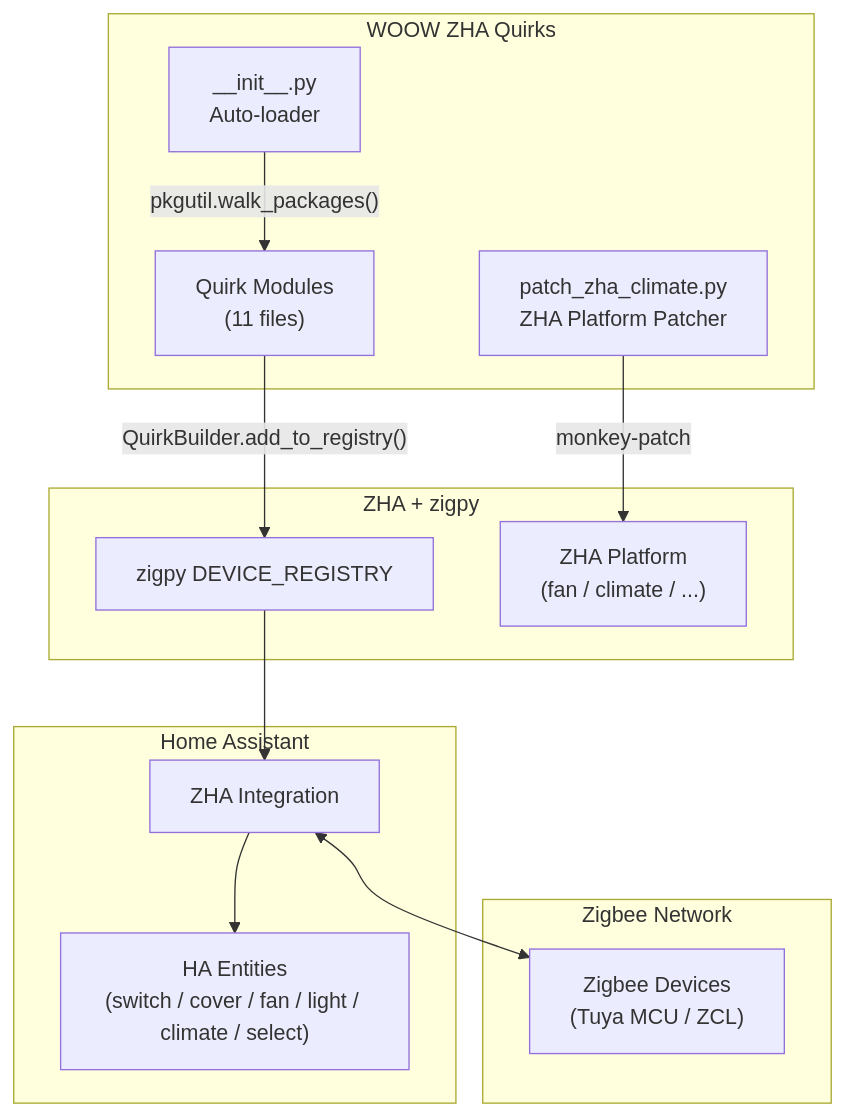
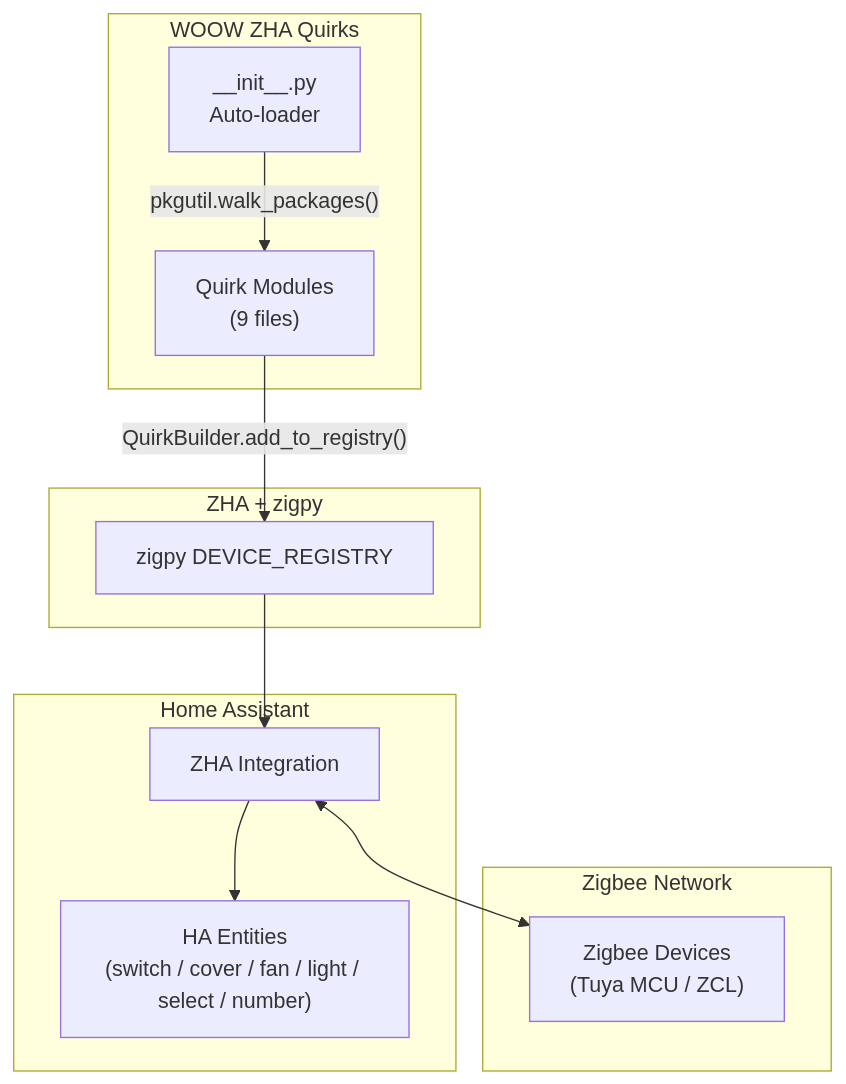
One commit to WOOWTECH/Woow_ha_zha_quirk_component changed the diagram in README.md. Above: the diagram before and after it, drawn with Mermaid. The commit also changed other lines of this file and 4 other files, not shown here.

First line of the commit message:
Remove VRV HVAC quirk and patch_zha_climate — integration unsuccessful

````diff
--- a/README.md
+++ b/README.md
@@ -250,29 +220,26 @@
 ```mermaid
 graph TB
     subgraph "Home Assistant"
         HA_ZHA[ZHA Integration]
-        HA_ENTITIES["HA Entities<br/>(switch / cover / fan / light / climate / select)"]
+        HA_ENTITIES["HA Entities<br/>(switch / cover / fan / light / select / number)"]
     end
 
     subgraph "WOOW ZHA Quirks"
         INIT["__init__.py<br/>Auto-loader"]
-        QUIRKS["Quirk Modules<br/>(11 files)"]
-        PATCH["patch_zha_climate.py<br/>ZHA Platform Patcher"]
+        QUIRKS["Quirk Modules<br/>(9 files)"]
     end
 
     subgraph "ZHA + zigpy"
         ZIGPY_REG["zigpy DEVICE_REGISTRY"]
-        ZHA_PLATFORM["ZHA Platform<br/>(fan / climate / ...)"]
     end
 
     subgraph "Zigbee Network"
         DEVICES["Zigbee Devices<br/>(Tuya MCU / ZCL)"]
     end
 
     HA_ZHA --> HA_ENTITIES
     INIT -->|"pkgutil.walk_packages()"| QUIRKS
     QUIRKS -->|"QuirkBuilder.add_to_registry()"| ZIGPY_REG
-    PATCH -->|"monkey-patch"| ZHA_PLATFORM
     ZIGPY_REG --> HA_ZHA
     HA_ZHA <--> DEVICES
 ```
````
